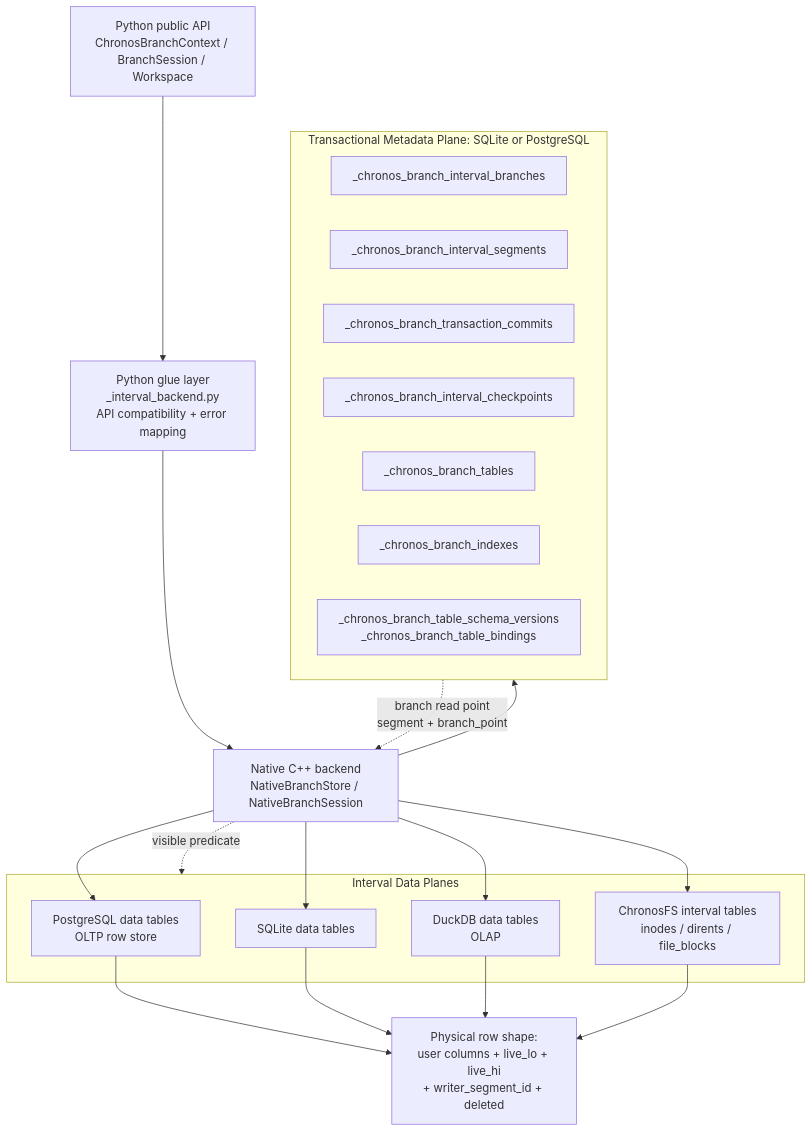
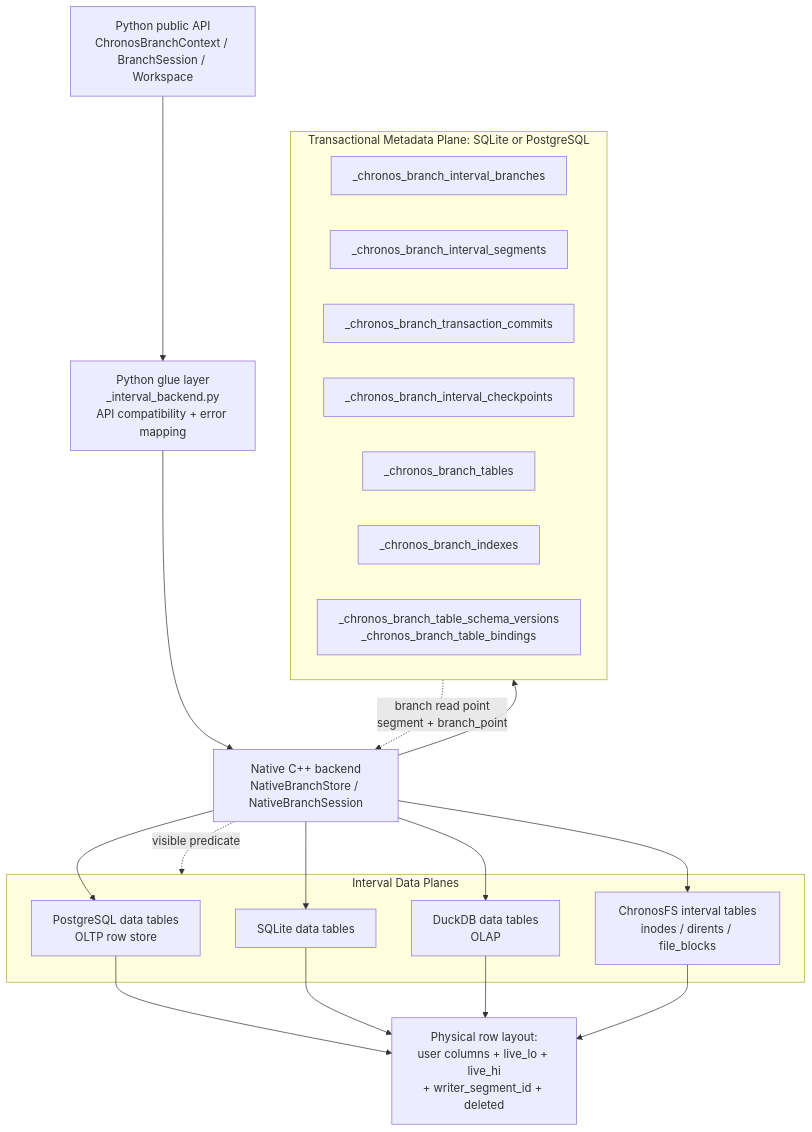
One commit to mitdbg/chronos changed the diagram in docs/diagrams/interval-architecture-overview.mmd. Above: the diagram before and after it, drawn with Mermaid. The commit also changed 4 other files, not shown here.

```diff
--- a/docs/diagrams/interval-architecture-overview.mmd
+++ b/docs/diagrams/interval-architecture-overview.mmd
@@ -1,38 +1,38 @@
 flowchart TB
   API["Python public API<br/>ChronosBranchContext / BranchSession / Workspace"]
   Glue["Python glue layer<br/>_interval_backend.py<br/>API compatibility + error mapping"]
   Native["Native C++ backend<br/>NativeBranchStore / NativeBranchSession"]
 
   API --> Glue --> Native
 
   subgraph Metadata["Transactional Metadata Plane: SQLite or PostgreSQL"]
     Branches["_chronos_branch_interval_branches"]
     Segments["_chronos_branch_interval_segments"]
     Commits["_chronos_branch_transaction_commits"]
     Checkpoints["_chronos_branch_interval_checkpoints"]
     Tables["_chronos_branch_tables"]
     Indexes["_chronos_branch_indexes"]
     Schema["_chronos_branch_table_schema_versions<br/>_chronos_branch_table_bindings"]
   end
 
   subgraph Data["Interval Data Planes"]
     PGData["PostgreSQL data tables<br/>OLTP row store"]
     SQLiteData["SQLite data tables"]
     DuckData["DuckDB data tables<br/>OLAP"]
     FSData["ChronosFS interval tables<br/>inodes / dirents / file_blocks"]
   end
 
   Native --> Metadata
   Native --> PGData
   Native --> SQLiteData
   Native --> DuckData
   Native --> FSData
 
   Metadata -. "branch read point<br/>segment + branch_point" .-> Native
   Native -. "visible predicate" .-> Data
 
-  DataNote["Physical row shape:<br/>user columns + live_lo + live_hi<br/>+ writer_segment_id + deleted"]
+  DataNote["Physical row layout:<br/>user columns + live_lo + live_hi<br/>+ writer_segment_id + deleted"]
   PGData --> DataNote
   SQLiteData --> DataNote
   DuckData --> DataNote
   FSData --> DataNote
```
